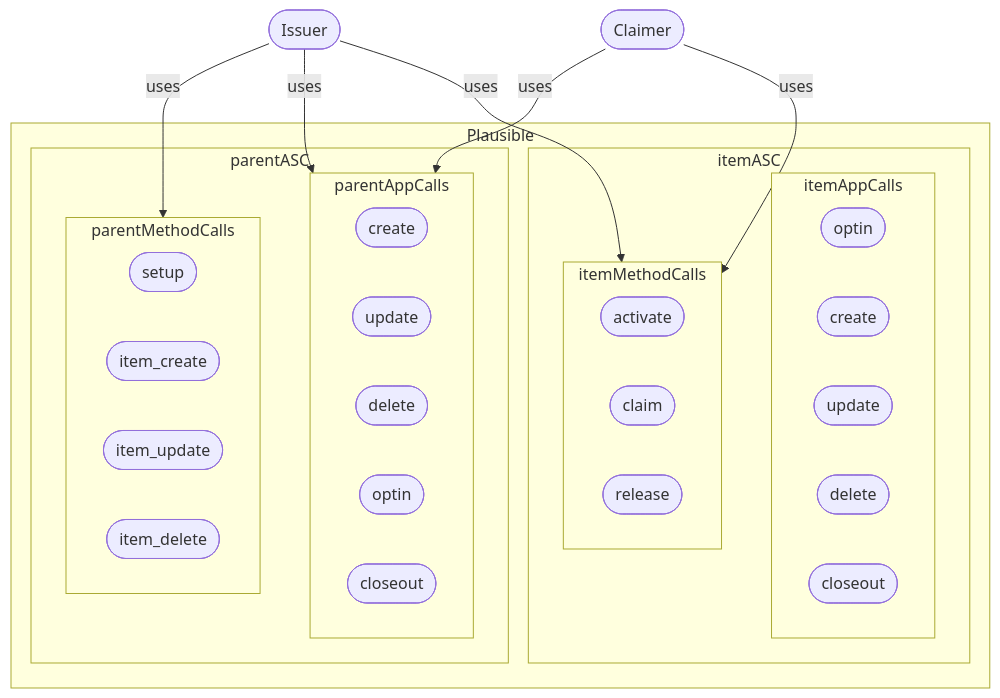
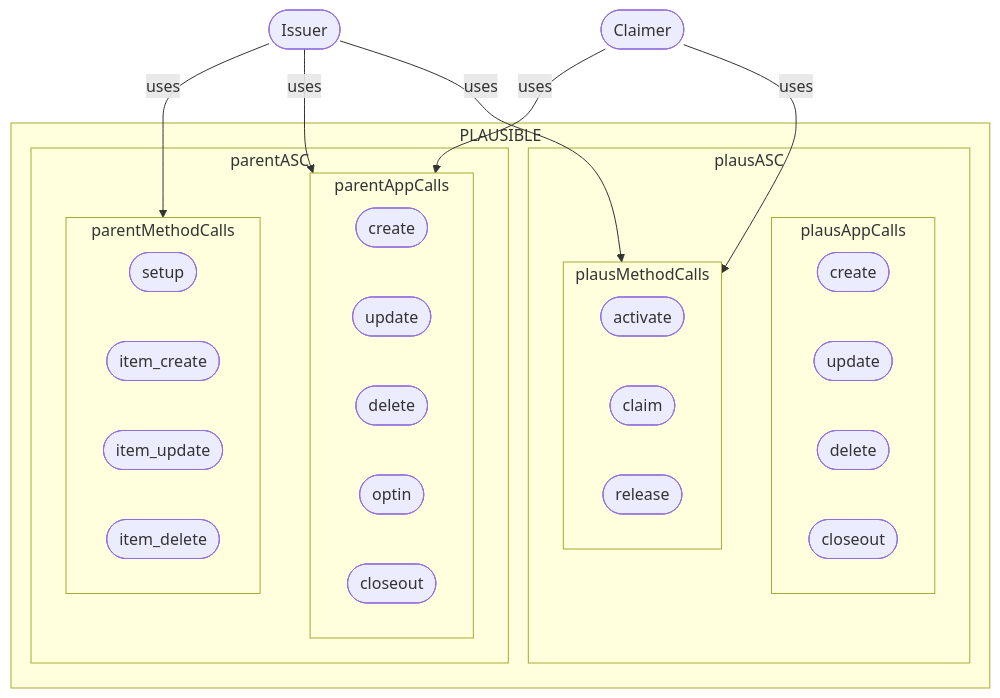
The sixth of 8 diagrams in profile/README.md (GoPlausible/.github), drawn with Mermaid before and after one commit. The commit also changed other lines of this file, not shown here.

````diff
--- a/profile/README.md
+++ b/profile/README.md
@@ -234,54 +234,53 @@
 ```mermaid
   flowchart TB
 
     id1([Issuer]) --uses--> parentMethodCalls
     id1([Issuer]) --uses--> parentAppCalls
-    id1([Issuer]) --uses--> itemMethodCalls
+    id1([Issuer]) --uses--> plausMethodCalls
     
 
     id2([Claimer]) --uses--> parentAppCalls 
-    id2([Claimer]) --uses--> itemMethodCalls 
+    id2([Claimer]) --uses--> plausMethodCalls 
   
 
-    subgraph Plausible
+    subgraph PLAUSIBLE
       
       subgraph parentASC
         subgraph parentAppCalls
         id3([create]) 
         id4([update]) 
         id5([delete]) 
         id6([optin]) 
         id7([closeout]) 
         end
         subgraph parentMethodCalls
         id61([setup]) 
         id8([item_create]) 
         id9([item_update]) 
         id10([item_delete]) 
  
         end
       end
-      subgraph itemASC
+      subgraph plausASC
         
         
-        subgraph itemAppCalls
-        id12([optin])
+        subgraph plausAppCalls
         id13([create]) 
         id14([update]) 
         id15([delete]) 
         id17([closeout]) 
         end
-        subgraph itemMethodCalls
+        subgraph plausMethodCalls
         id18([setup]) 
         id18([activate]) 
         id19([claim]) 
         id20([release]) 
         end
       end
       
     end 
    
     
     
 
 ```
````
